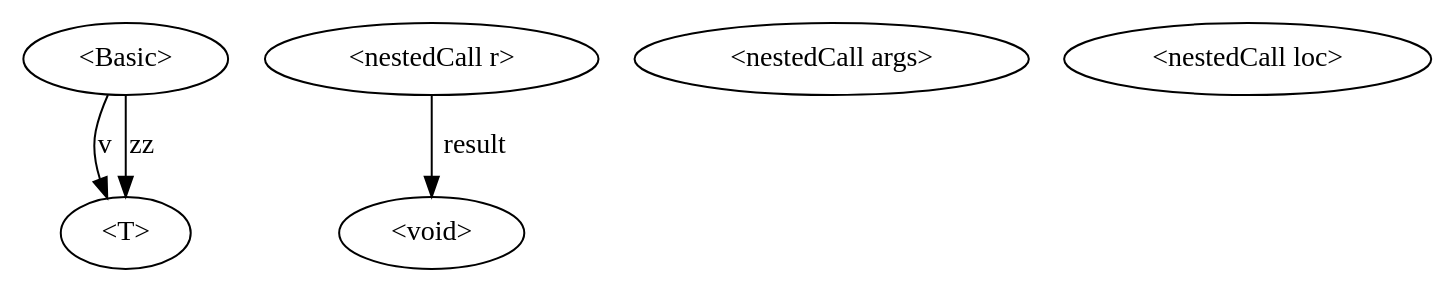
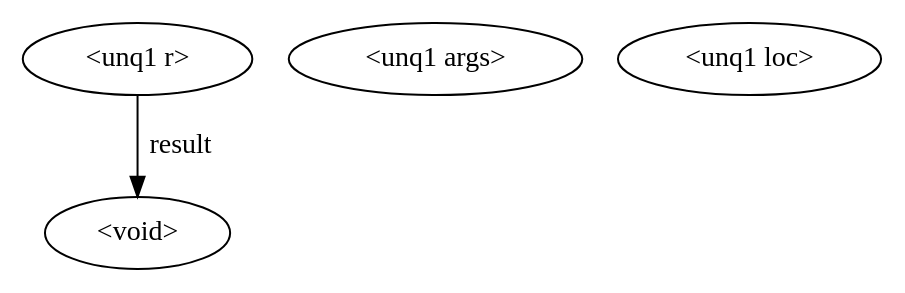
The diagram in AliasingImpl/source/test.dot (varivera/aliasing-java), drawn with Graphviz before and after one commit. The commit also changed 5 other files, not shown here.

```diff
--- a/AliasingImpl/source/test.dot
+++ b/AliasingImpl/source/test.dot
@@ -1,11 +1,7 @@
 digraph G {
-n0->n10 [label="v"]
-n0->n10 [label="zz"]
-n0[label="<Basic>"]
-n10[label="<T>"]
 n3->n4 [label="result"]
-n3[label="<nestedCall r>"]
+n3[label="<unq1 r>"]
 n4[label="<void>"]
-n1[label="<nestedCall args>"]
-n2[label="<nestedCall loc>"]
+n1[label="<unq1 args>"]
+n2[label="<unq1 loc>"]
 }
```
